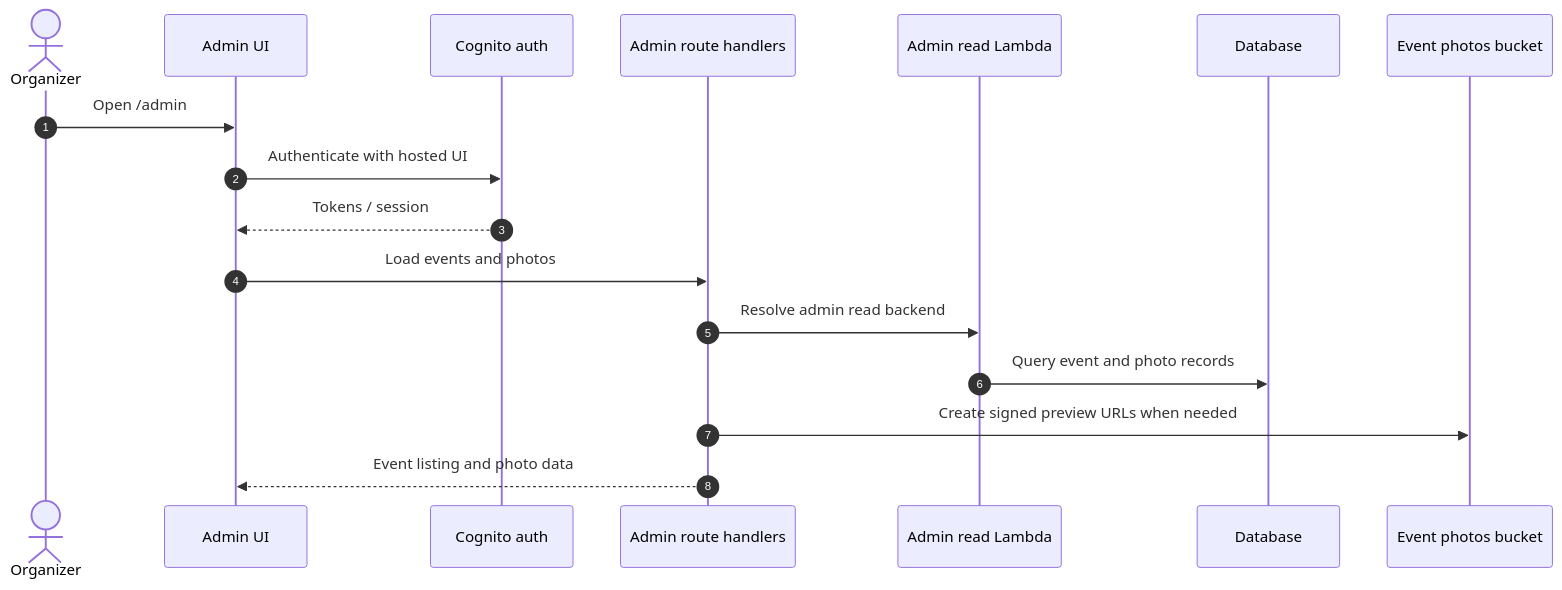
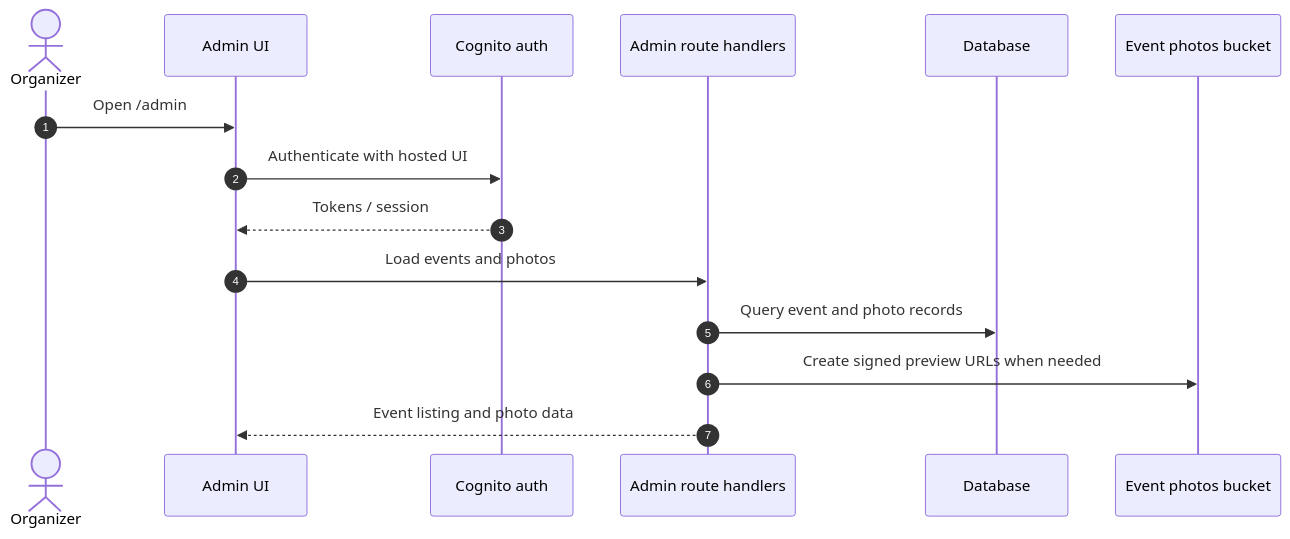
The fifth of 8 diagrams in README.md (anyulled/FaceLocator), drawn with Mermaid before and after one commit. The commit also changed other lines of this file and 40 other files, not shown here.

````diff
--- a/README.md
+++ b/README.md
@@ -207,20 +191,18 @@
 ```mermaid
 sequenceDiagram
   autonumber
   actor O as Organizer
   participant UI as Admin UI
   participant AUTH as Cognito auth
   participant API as Admin route handlers
-  participant L as Admin read Lambda
   participant DB as Database
   participant S3 as Event photos bucket
 
   O->>UI: Open /admin
   UI->>AUTH: Authenticate with hosted UI
   AUTH-->>UI: Tokens / session
   UI->>API: Load events and photos
-  API->>L: Resolve admin read backend
-  L->>DB: Query event and photo records
+  API->>DB: Query event and photo records
   API->>S3: Create signed preview URLs when needed
   API-->>UI: Event listing and photo data
 ```
````
